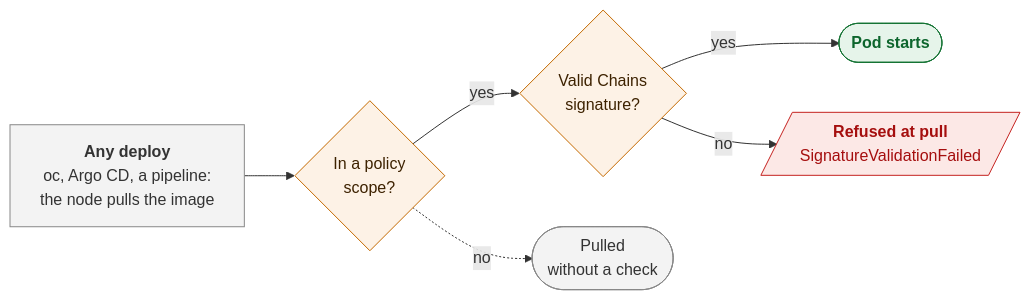
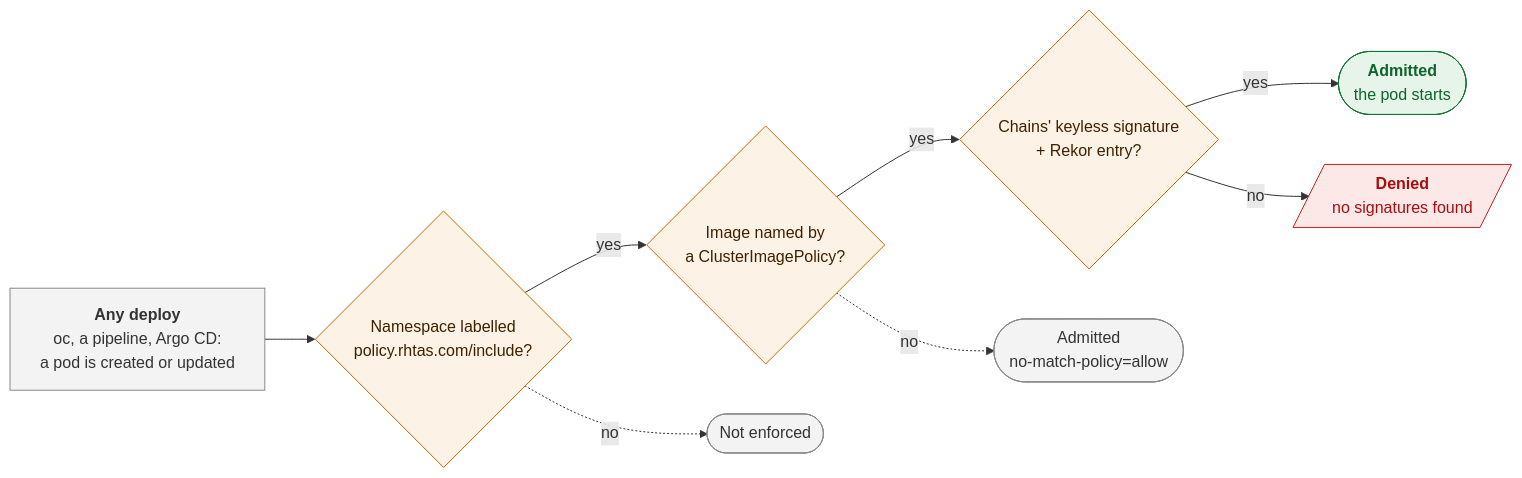
Before and after one commit to serhat-dirik/OCP-Getting-Started-Revamped: the diagram in content/modules/ROOT/examples/diagrams/trusted-supply-chain/12-admission-checks.mmd, drawn with Mermaid. The commit also changed 19 other files, not shown here.

First line of the commit message:
feat(trusted-supply-chain): one pipeline the attendee runs, then explained

```diff
--- a/content/modules/ROOT/examples/diagrams/trusted-supply-chain/12-admission-checks.mmd
+++ b/content/modules/ROOT/examples/diagrams/trusted-supply-chain/12-admission-checks.mmd
@@ -1,19 +1,23 @@
-%% What admission checks (concept page): OpenShift's native signature policy. The platform team's
-%% ClusterImagePolicy makes every node verify Chains' signature before it pulls an image in one of
-%% the policy's scopes; anything outside the scopes is pulled unchecked. Grounded in lab exercise 5
-%% (SignatureValidationFailed, "A signature was required, but no signature exists").
+%% What admission checks (concept page; lab exercise 4; demo step 3): the Red Hat Trusted Artifact
+%% Signer policy controller, an admission webhook, on every pod create or update. It enforces only in
+%% namespaces labelled policy.rhtas.com/include=true (each attendee's -cicd project), and only for
+%% images a ClusterImagePolicy names (no-match-policy=allow admits the rest). A matching image needs
+%% Tekton Chains' keyless signature: a Fulcio certificate for Chains' SPIFFE ID and its Rekor entry.
+%% Shape (diagram-size-guard): LR, longest chain 5 nodes, no subgraph, labels at most 3 lines.
 flowchart LR
-  PULL["<b>Any deploy</b><br/>oc, Argo CD, a pipeline:<br/>the node pulls the image"]
-  PULL --> SCOPE{"In a policy<br/>scope?"}
-  SCOPE -->|yes| SIG{"Valid Chains<br/>signature?"}
-  SIG -->|yes| RUN(["<b>Pod starts</b>"])
-  SIG -->|no| DENY[/"<b>Refused at pull</b><br/>SignatureValidationFailed"/]
-  SCOPE -.->|no| FREE(["Pulled<br/>without a check"])
+  DEP["<b>Any deploy</b><br/>oc, a pipeline, Argo CD:<br/>a pod is created or updated"]
+  DEP --> NS{"Namespace labelled<br/>policy.rhtas.com/include?"}
+  NS -->|yes| MATCH{"Image named by<br/>a ClusterImagePolicy?"}
+  MATCH -->|yes| SIG{"Chains' keyless signature<br/>+ Rekor entry?"}
+  SIG -->|yes| RUN(["<b>Admitted</b><br/>the pod starts"])
+  SIG -->|no| DENY[/"<b>Denied</b><br/>no signatures found"/]
+  NS -.->|no| FREE(["Not enforced"])
+  MATCH -.->|no| ALLOW(["Admitted<br/>no-match-policy=allow"])
   classDef ver fill:#e6f4ea,stroke:#137333,color:#0d652d;
   classDef r fill:#fce8e6,stroke:#c5221f,color:#a50e0e;
   classDef sign fill:#fdf2e6,stroke:#c46a00,color:#3d2200;
   classDef plat fill:#f3f3f3,stroke:#888888,color:#333333;
   class RUN ver;
   class DENY r;
-  class SCOPE,SIG sign;
-  class PULL,FREE plat;
+  class NS,MATCH,SIG sign;
+  class DEP,FREE,ALLOW plat;
```
